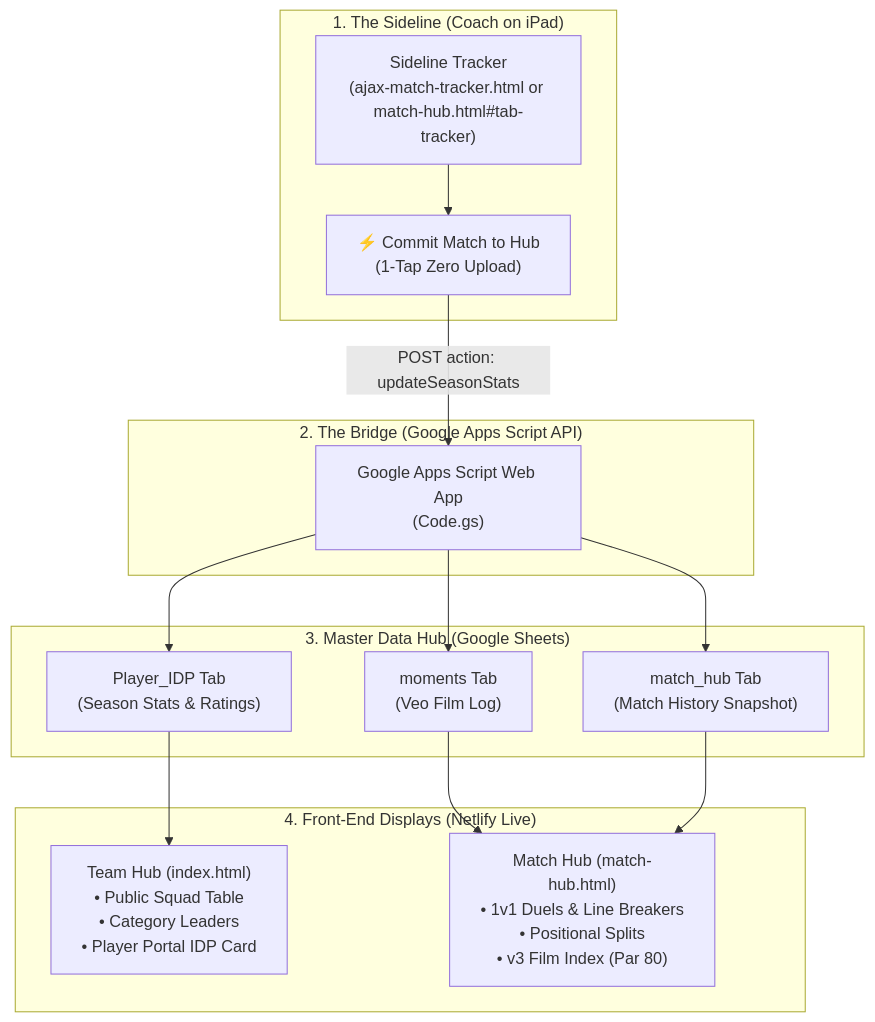
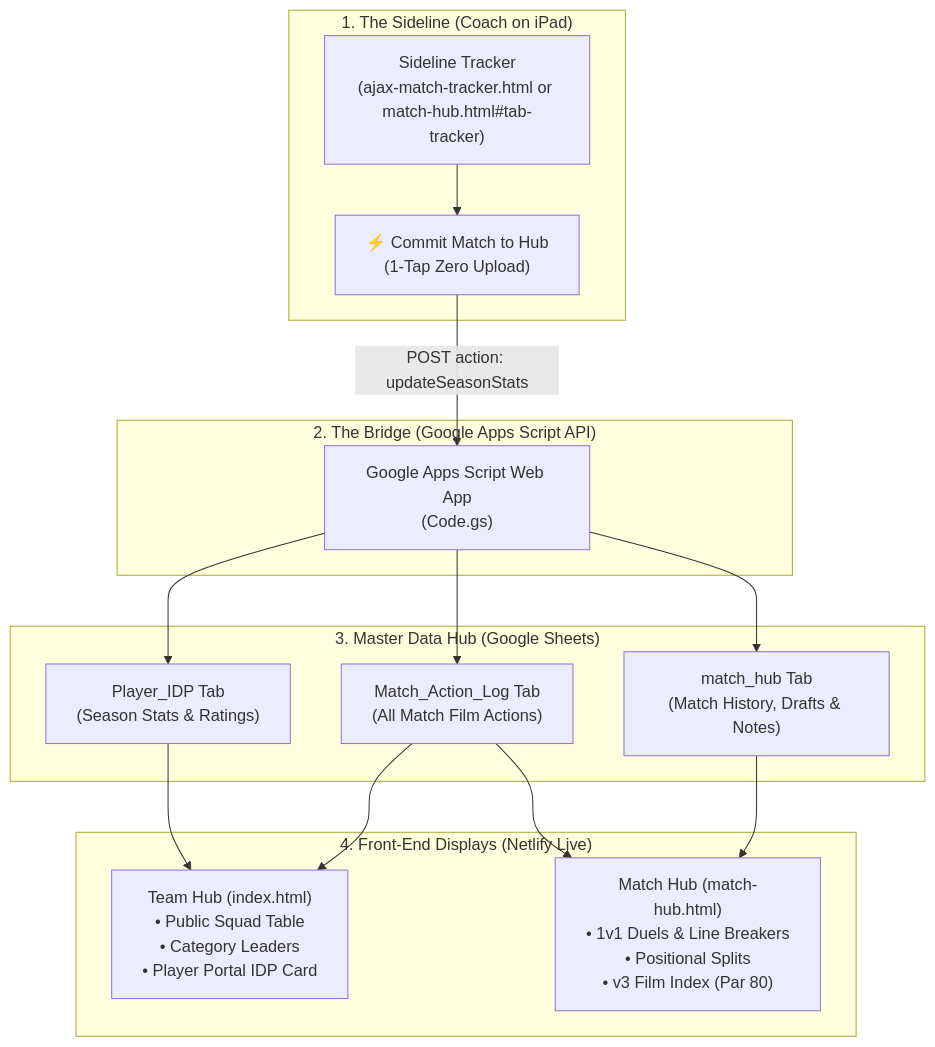
One commit to raidersmc1415-arch/AjaxaspireU15 changed the diagram in MATCH_DAY_USER_GUIDE.md. Above: the diagram before and after it, drawn with Mermaid. The commit also changed other lines of this file and 3 other files, not shown here.

Commit message:
Phase 3: Dynamic team aggregate reconciliation, LockService concurrency guards, and updated match_day_user_guide.md

````diff
--- a/MATCH_DAY_USER_GUIDE.md
+++ b/MATCH_DAY_USER_GUIDE.md
@@ -11,30 +11,31 @@
 ```mermaid
 flowchart TD
     subgraph S["1. The Sideline (Coach on iPad)"]
         Tracker["Sideline Tracker\n(ajax-match-tracker.html or match-hub.html#tab-tracker)"]
         Commit["⚡ Commit Match to Hub\n(1-Tap Zero Upload)"]
         Tracker --> Commit
     end
 
     subgraph B["2. The Bridge (Google Apps Script API)"]
         API["Google Apps Script Web App\n(Code.gs)"]
         Commit -->|POST action: updateSeasonStats| API
     end
 
     subgraph D["3. Master Data Hub (Google Sheets)"]
         IDP["Player_IDP Tab\n(Season Stats & Ratings)"]
-        FilmTab["moments Tab\n(Veo Film Log)"]
-        KVTab["match_hub Tab\n(Match History Snapshot)"]
+        ActionLog["Match_Action_Log Tab\n(All Match Film Actions)"]
+        KVTab["match_hub Tab\n(Match History, Drafts & Notes)"]
         API --> IDP
-        API --> FilmTab
+        API --> ActionLog
         API --> KVTab
     end
 
     subgraph H["4. Front-End Displays (Netlify Live)"]
         TeamHub["Team Hub (index.html)\n• Public Squad Table\n• Category Leaders\n• Player Portal IDP Card"]
         MatchHub["Match Hub (match-hub.html)\n• 1v1 Duels & Line Breakers\n• Positional Splits\n• v3 Film Index (Par 80)"]
         IDP --> TeamHub
-        FilmTab --> MatchHub
+        ActionLog --> TeamHub
+        ActionLog --> MatchHub
         KVTab --> MatchHub
     end
 ```
````
